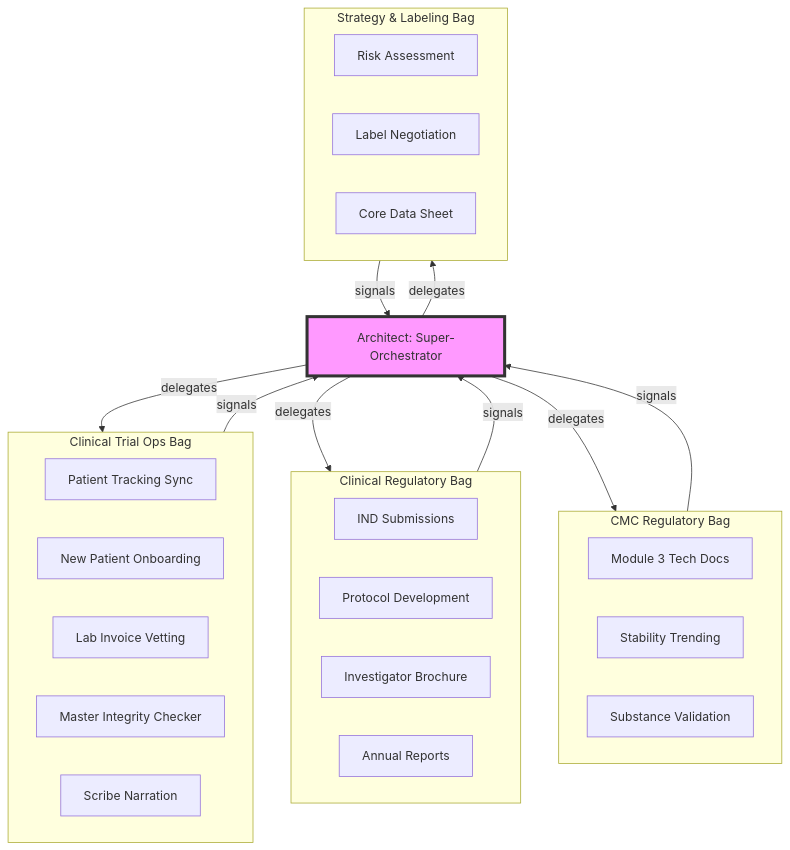
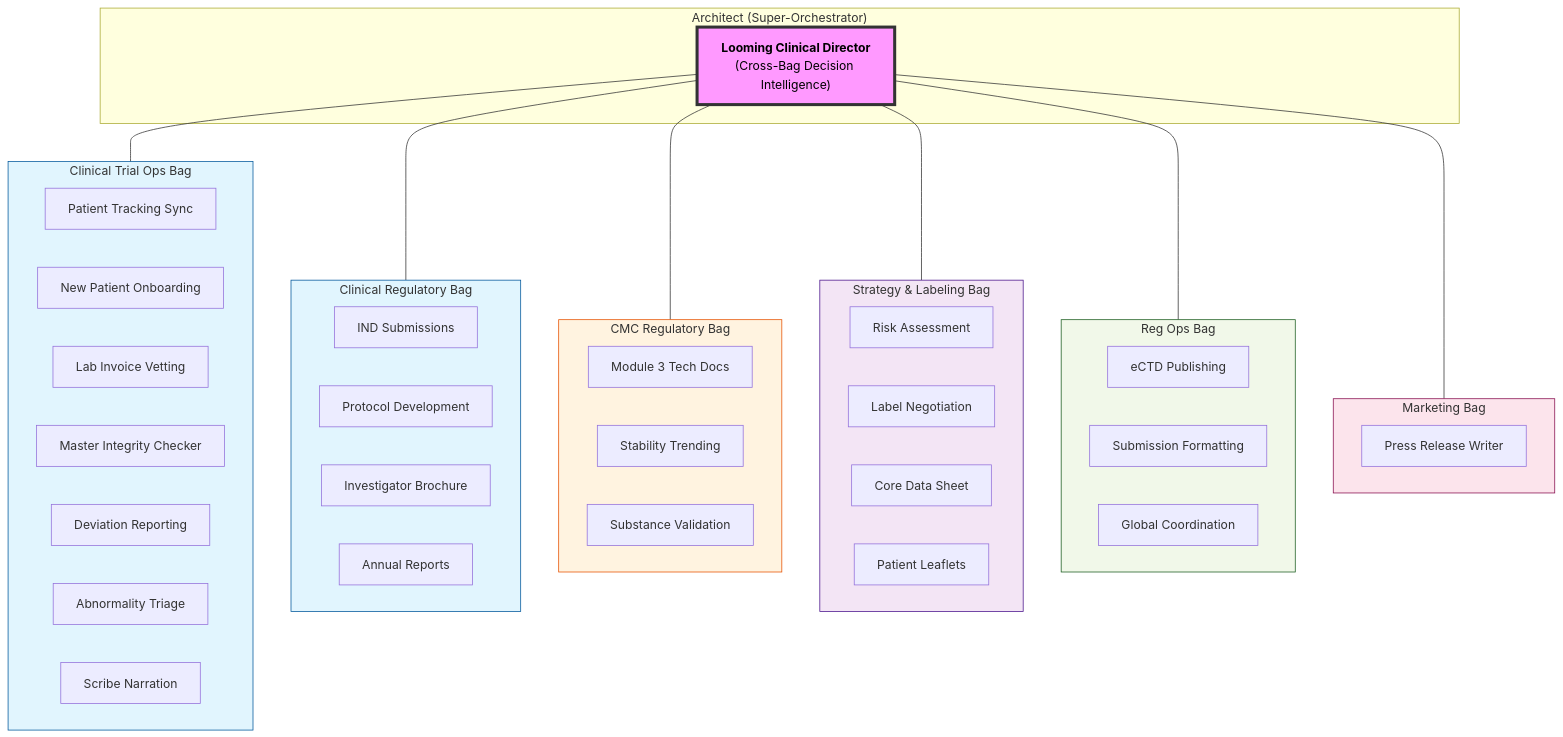
One commit to aaronjrod/clawgraph changed the diagram in examples/cto/README.md. Above: the diagram before and after it, drawn with Mermaid. The commit also changed other lines of this file, not shown here.

Commit message:
docs: restore Looming Architect HUD with 6-bag expert hierarchy

````diff
--- a/examples/cto/README.md
+++ b/examples/cto/README.md
@@ -14,45 +14,64 @@
 ```mermaid
 graph TD
-    SO["Architect: Super-Orchestrator"]
+    %% Architect Tier
+    subgraph "Architect (Super-Orchestrator)"
+        SO["<b>Looming Clinical Director</b><br/>(Cross-Bag Decision Intelligence)"]
+    end
+
+    %% Bag Tier
+    SO --- CLIN_OPS
+    SO --- CLIN_REG
+    SO --- CMC_REG
+    SO --- STRAT_LABEL
+    SO --- REG_OPS
+    SO --- MARKETING
 
     subgraph CLIN_OPS ["Clinical Trial Ops Bag"]
         SYNC[Patient Tracking Sync]
         ONB[New Patient Onboarding]
         INV[Lab Invoice Vetting]
         INT[Master Integrity Checker]
+        DEV[Deviation Reporting]
+        TRIA[Abnormality Triage]
         SCRIB[Scribe Narration]
     end
 
     subgraph CLIN_REG ["Clinical Regulatory Bag"]
         IND[IND Submissions]
         PROT[Protocol Development]
         IB[Investigator Brochure]
         ANN[Annual Reports]
     end
 
     subgraph CMC_REG ["CMC Regulatory Bag"]
         MOD3[Module 3 Tech Docs]
         STAB[Stability Trending]
         SUB[Substance Validation]
     end
 
-    subgraph STRATEGY_LABEL ["Strategy & Labeling Bag"]
+    subgraph STRAT_LABEL ["Strategy & Labeling Bag"]
         RISK[Risk Assessment]
         NEG[Label Negotiation]
         CCDS[Core Data Sheet]
+        USPI[Patient Leaflets]
     end
 
-    %% All bags report to SO
-    CLIN_OPS -- "signals" --> SO
-    CLIN_REG -- "signals" --> SO
-    CMC_REG -- "signals" --> SO
-    STRATEGY_LABEL -- "signals" --> SO
+    subgraph REG_OPS ["Reg Ops Bag"]
+        PUBL[eCTD Publishing]
+        FORM[Submission Formatting]
+        GLOB[Global Coordination]
+    end
 
-    %% SO delegates to bags
-    SO -- "delegates" --> CLIN_OPS
-    SO -- "delegates" --> CLIN_REG
-    SO -- "delegates" --> CMC_REG
-    SO -- "delegates" --> STRATEGY_LABEL
+    subgraph MARKETING ["Marketing Bag"]
+        PR[Press Release Writer]
+    end
 
-    style SO fill:#f9f,stroke:#333,stroke-width:4px
+    %% Styling for "Impressive" look
+    style SO fill:#f9f,stroke:#333,stroke-width:4px,color:#000
+    style CLIN_OPS fill:#e1f5fe,stroke:#01579b
+    style CLIN_REG fill:#e1f5fe,stroke:#01579b
+    style CMC_REG fill:#fff3e0,stroke:#e65100
+    style STRAT_LABEL fill:#f3e5f5,stroke:#4a148c
+    style REG_OPS fill:#f1f8e9,stroke:#1b5e20
+    style MARKETING fill:#fce4ec,stroke:#880e4f
 ```
````
